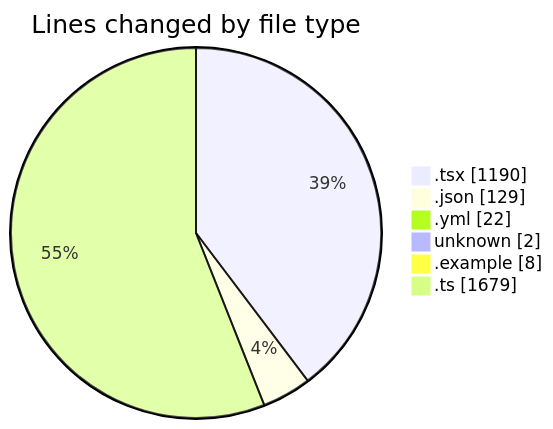
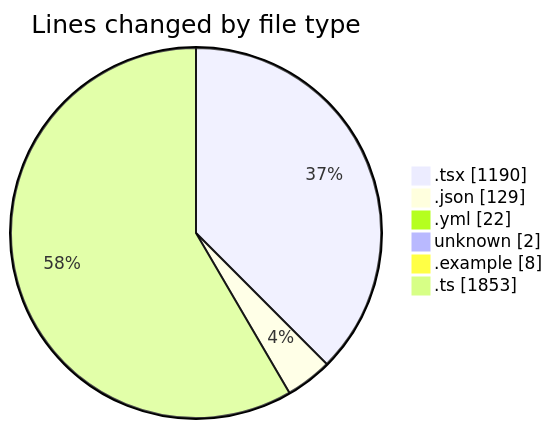
The first of 2 diagrams in 2025-11-21/eventscop-frontend-guide__workspace_/README.md (julien-gomy/code-tracking), drawn with Mermaid before and after one commit. The commit also changed other lines of this file and 1 other file, not shown here.

````diff
--- a/2025-11-21/eventscop-frontend-guide__workspace_/README.md
+++ b/2025-11-21/eventscop-frontend-guide__workspace_/README.md
@@ -46,10 +48,10 @@
 ```mermaid
 pie showData
 title Lines changed by file type
 ".tsx" : 1190
 ".json" : 129
 ".yml" : 22
 "unknown" : 2
 ".example" : 8
-".ts" : 1679
+".ts" : 1853
 ```
````
